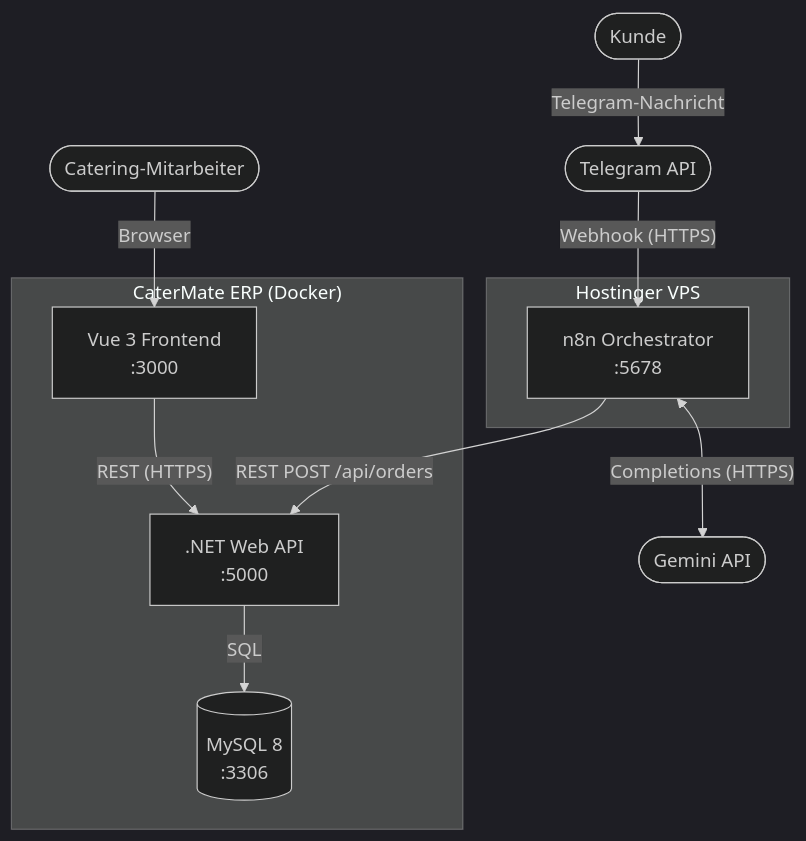
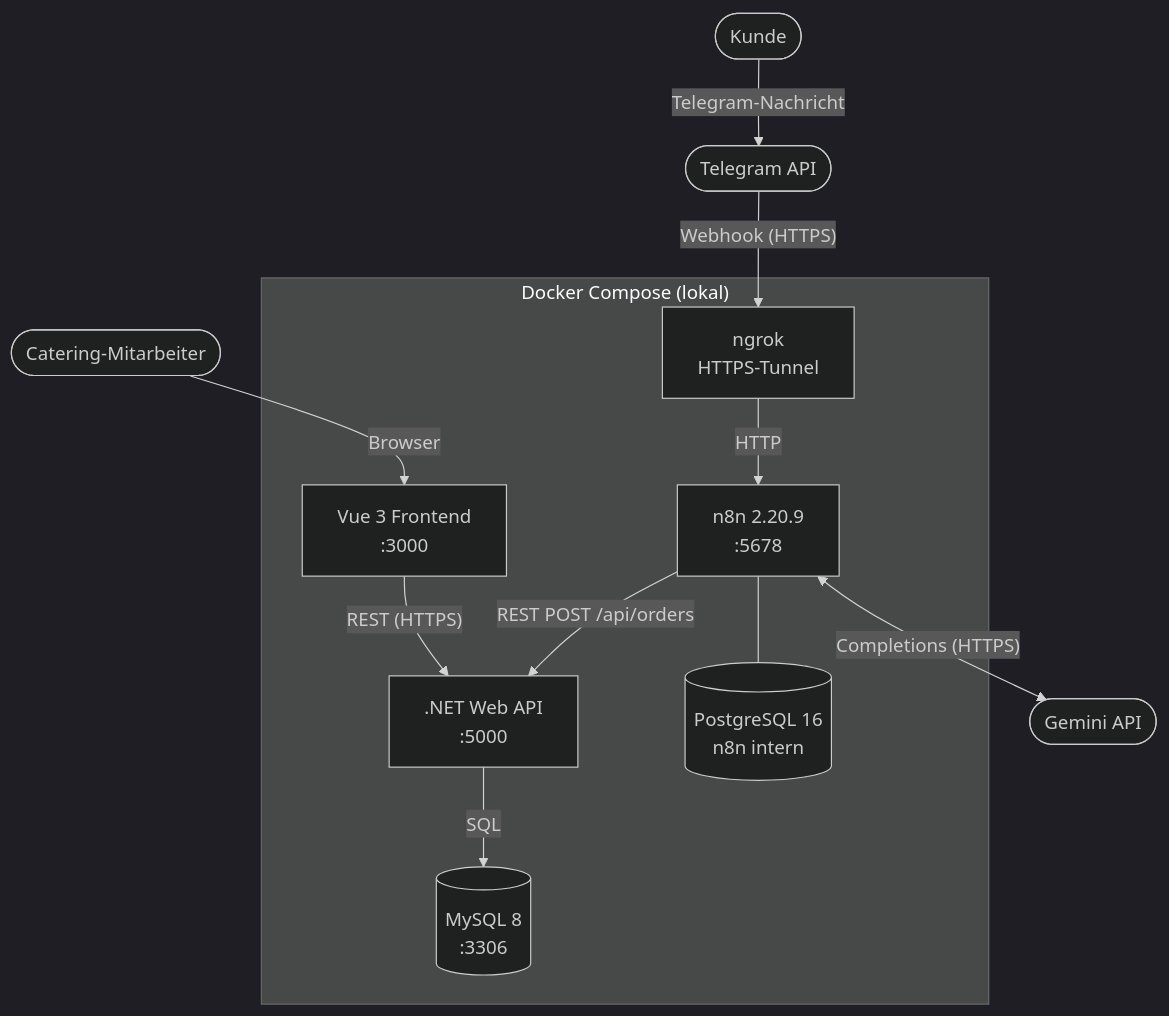
Before and after one commit to hggry/CaterMate-ERP: the first of 5 diagrams in Doc/TechSpec/architecture.md, drawn with Mermaid (dark theme). The commit also changed other lines of this file and 3 other files, not shown here.

````diff
--- a/Doc/TechSpec/architecture.md
+++ b/Doc/TechSpec/architecture.md
@@ -47,26 +48,27 @@
 ```mermaid
 graph TD
     Kunde([Kunde])
     Mitarbeiter([Catering-Mitarbeiter])
 
-    subgraph CaterMate ERP ["CaterMate ERP (Docker)"]
+    subgraph Docker ["Docker Compose (lokal)"]
         Frontend["Vue 3 Frontend\n:3000"]
         Backend[".NET Web API\n:5000"]
         DB[("MySQL 8\n:3306")]
-    end
-
-    subgraph VPS ["Hostinger VPS"]
-        n8n["n8n Orchestrator\n:5678"]
+        n8n_pg[("PostgreSQL 16\nn8n intern")]
+        n8n["n8n 2.20.9\n:5678"]
+        ngrok["ngrok\nHTTPS-Tunnel"]
     end
 
     TelegramAPI(["Telegram API"])
     Gemini(["Gemini API"])
 
     Kunde -->|"Telegram-Nachricht"| TelegramAPI
-    TelegramAPI -->|"Webhook (HTTPS)"| n8n
+    TelegramAPI -->|"Webhook (HTTPS)"| ngrok
+    ngrok -->|"HTTP"| n8n
     n8n <-->|"Completions (HTTPS)"| Gemini
     n8n -->|"REST POST /api/orders"| Backend
+    n8n --- n8n_pg
     Backend -->|SQL| DB
     Mitarbeiter -->|Browser| Frontend
     Frontend -->|"REST (HTTPS)"| Backend
 ```
````
